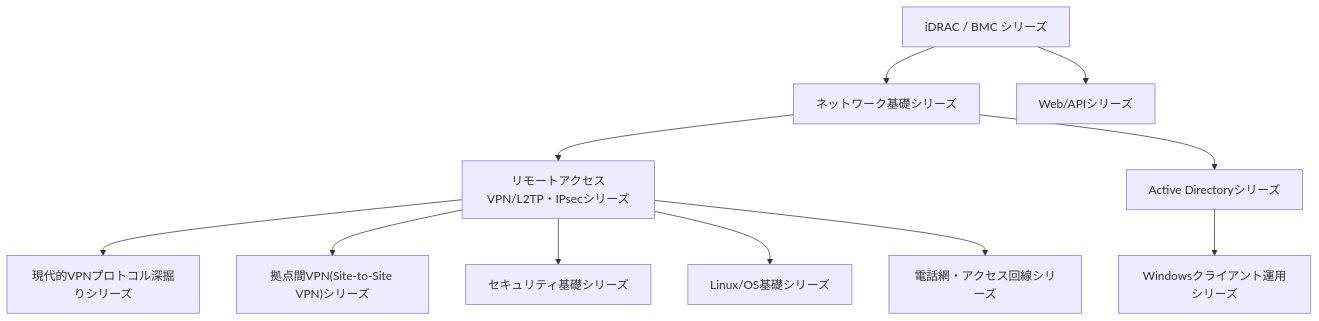
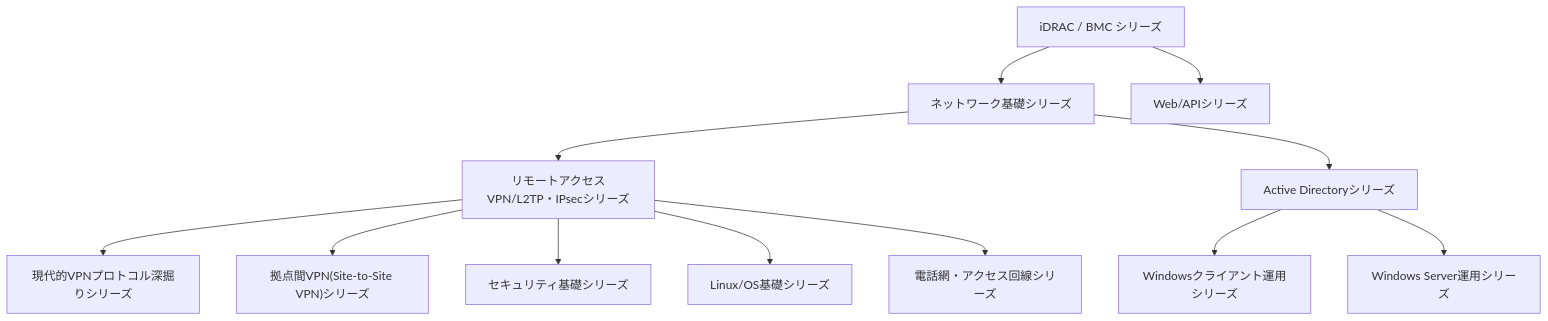
Before and after one commit to koikoi1998/koikoi-blog-20260723: the diagram in src/pages/sitemap.md, drawn with Mermaid. The commit also changed other lines of this file and 7 other files, not shown here.

````diff
--- a/src/pages/sitemap.md
+++ b/src/pages/sitemap.md
@@ -24,25 +24,27 @@
 ```mermaid
 graph TB
     Idrac["iDRAC / BMC シリーズ"]
     Network["ネットワーク基礎シリーズ"]
     Vpn["リモートアクセスVPN/L2TP・IPsecシリーズ"]
     ModernVpn["現代的VPNプロトコル深掘りシリーズ"]
     SiteToSite["拠点間VPN(Site-to-Site VPN)シリーズ"]
     Security["セキュリティ基礎シリーズ"]
     Linux["Linux/OS基礎シリーズ"]
     Telephony["電話網・アクセス回線シリーズ"]
     Api["Web/APIシリーズ"]
     ActiveDirectory["Active Directoryシリーズ"]
     WindowsClient["Windowsクライアント運用シリーズ"]
+    WindowsServer["Windows Server運用シリーズ"]
 
     Idrac --> Network
     Idrac --> Api
     Network --> Vpn
     Vpn --> ModernVpn
     Vpn --> SiteToSite
     Vpn --> Security
     Vpn --> Linux
     Vpn --> Telephony
     Network --> ActiveDirectory
     ActiveDirectory --> WindowsClient
+    ActiveDirectory --> WindowsServer
 ```
````
